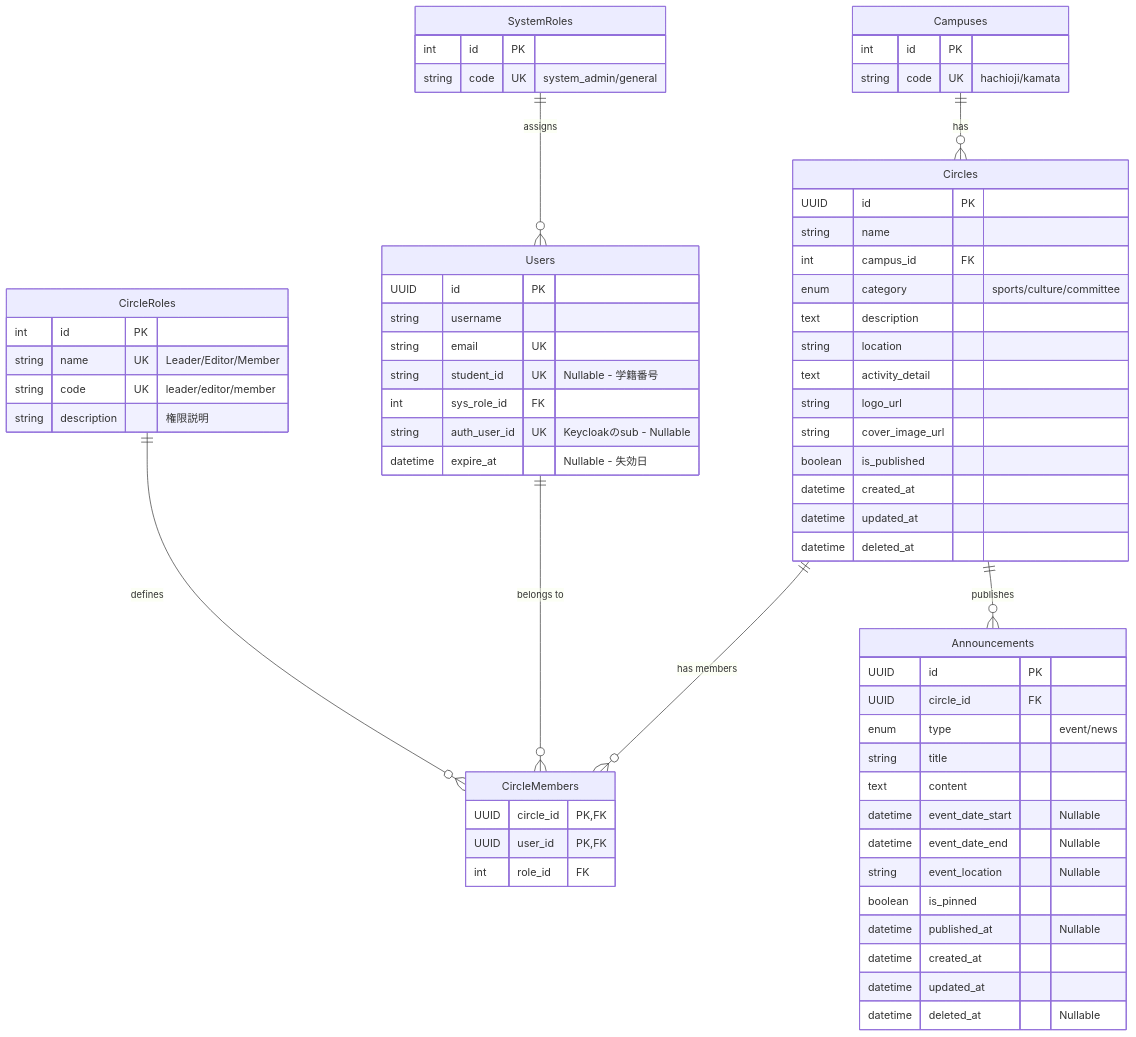
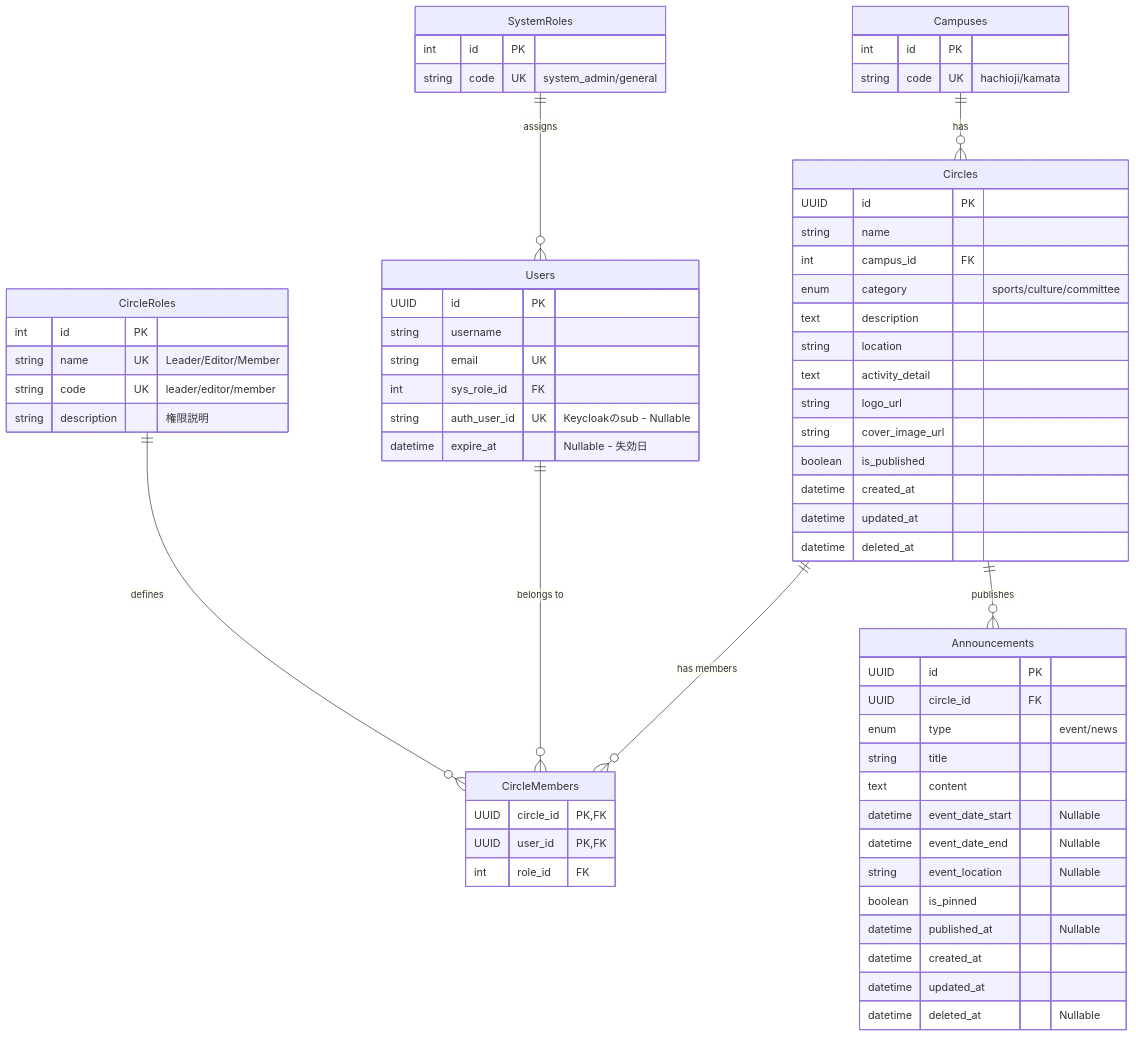
The third of 4 diagrams in docs/要件定義書.md (lc-tut/CirclePortalNEXT), drawn with Mermaid before and after one commit. The commit also changed other lines of this file and 4 other files, not shown here.

First line of the commit message:
要件定義書のER図に合わせてDB設計を統一

````diff
--- a/docs/要件定義書.md
+++ b/docs/要件定義書.md
@@ -318,79 +331,78 @@
 ```mermaid
 erDiagram
     %% マスタテーブル
     Campuses ||--o{ Circles : "has"
     SystemRoles ||--o{ Users : "assigns"
     CircleRoles ||--o{ CircleMembers : "defines"
     
     %% メインテーブル
     Users ||--o{ CircleMembers : "belongs to"
     Circles ||--o{ CircleMembers : "has members"
     Circles ||--o{ Announcements : "publishes"
 
     %% マスタテーブル定義
     Campuses {
         int id PK
         string code UK "hachioji/kamata"
     }
     
     SystemRoles {
         int id PK
         string code UK "system_admin/general"
     }
     
     CircleRoles {
         int id PK
         string name UK "Leader/Editor/Member"
         string code UK "leader/editor/member"
         string description "権限説明"
     }
 
     %% メインテーブル定義
     Users {
         UUID id PK
         string username
         string email UK
-        string student_id UK "Nullable - 学籍番号"
         int sys_role_id FK
         string auth_user_id UK "Keycloakのsub - Nullable"
         datetime expire_at "Nullable - 失効日"
     }
 
     Circles {
         UUID id PK
         string name
         int campus_id FK
         enum category "sports/culture/committee"
         text description
         string location
         text activity_detail
         string logo_url
         string cover_image_url
         boolean is_published
         datetime created_at
         datetime updated_at
         datetime deleted_at
     }
 
     CircleMembers {
         UUID circle_id PK, FK
         UUID user_id PK, FK
         int role_id FK
     }
 
     Announcements {
         UUID id PK
         UUID circle_id FK
         enum type "event/news"
         string title
         text content
         datetime event_date_start "Nullable"
         datetime event_date_end "Nullable"
         string event_location "Nullable"
         boolean is_pinned
         datetime published_at "Nullable"
         datetime created_at
         datetime updated_at
         datetime deleted_at "Nullable"
     }
 ```
````
